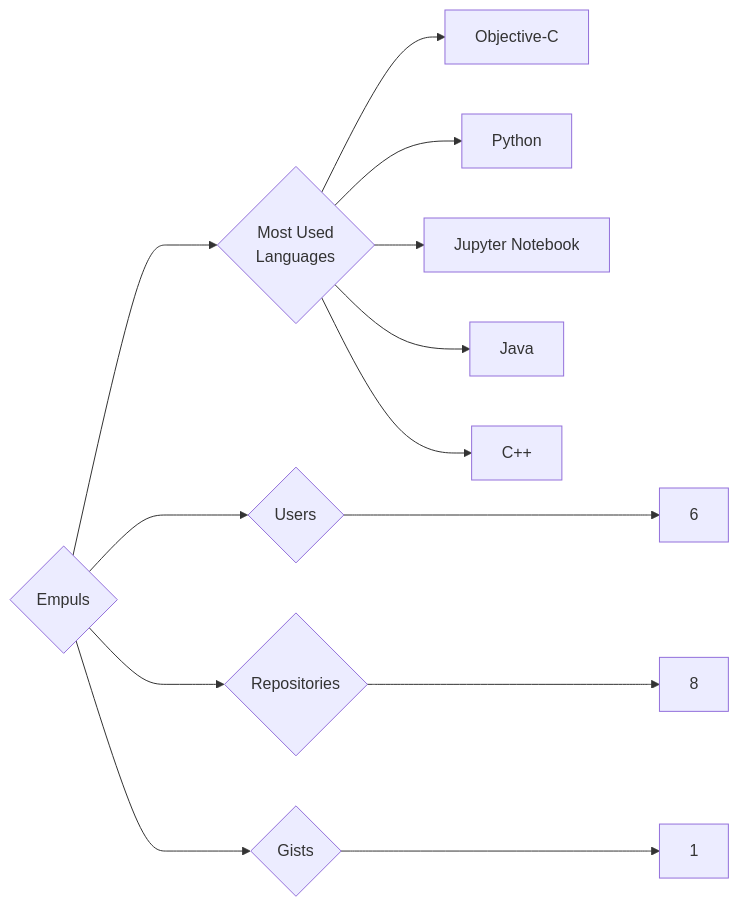
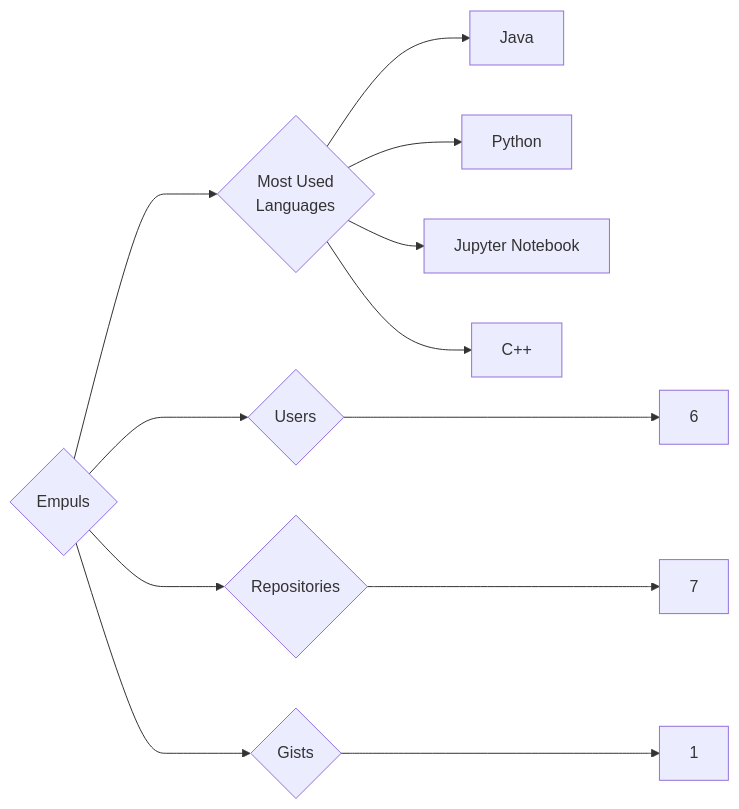
One commit to trickest/insiders changed the diagram in targets/Empuls/README.md. Above: the diagram before and after it, drawn with Mermaid. The commit also changed 1003 other files, not shown here.

````diff
--- a/targets/Empuls/README.md
+++ b/targets/Empuls/README.md
@@ -3,13 +3,12 @@
 ```mermaid
 graph LR
 COMPANY_NAME{Empuls}
 COMPANY_NAME ---> U{Users} ---> UN[6]
-COMPANY_NAME ---> R{Repositories} ---> RN[8]
+COMPANY_NAME ---> R{Repositories} ---> RN[7]
 COMPANY_NAME ---> G{Gists} ---> GN[1]
 COMPANY_NAME ---> ML{Most Used<br>Languages}
-ML --> Objective-C[Objective-C]
+ML --> Java[Java]
 ML --> Python[Python]
 ML --> Jupyter_Notebook[Jupyter Notebook]
-ML --> Java[Java]
 ML --> C++[C++]
 ```
````
